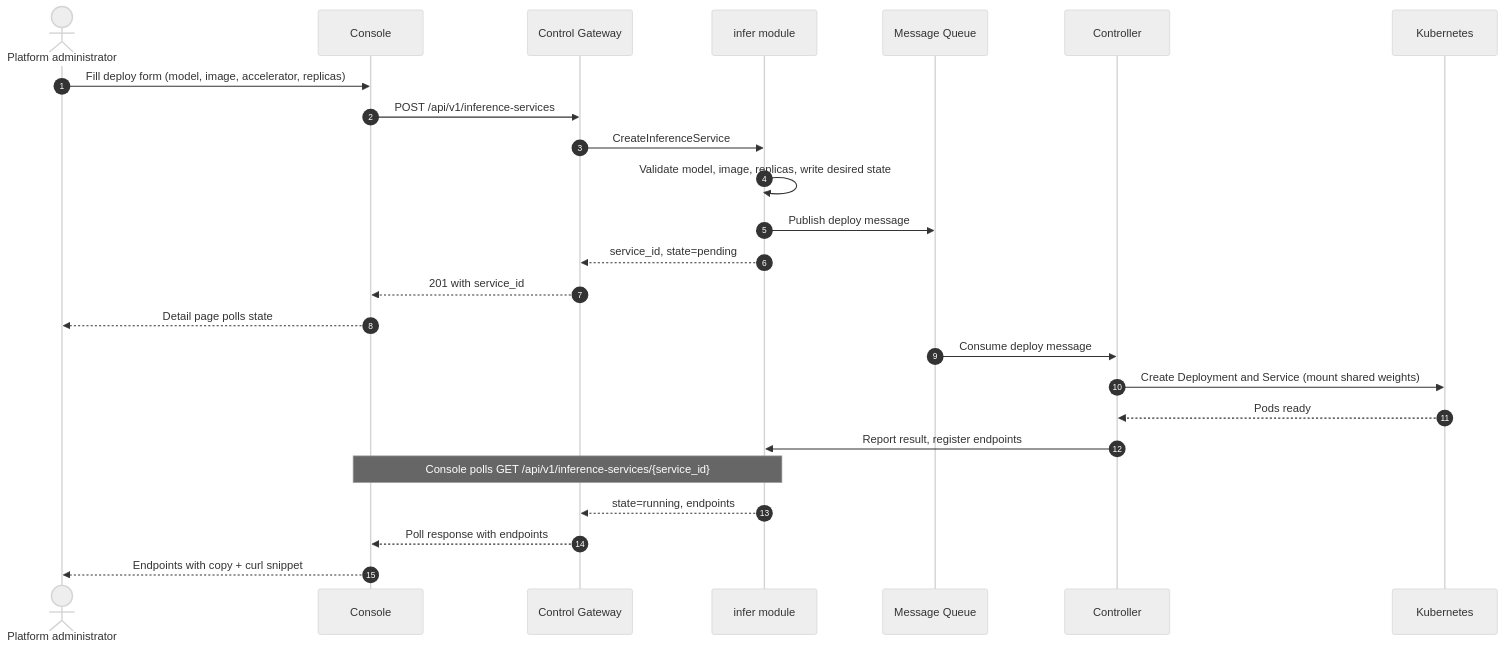
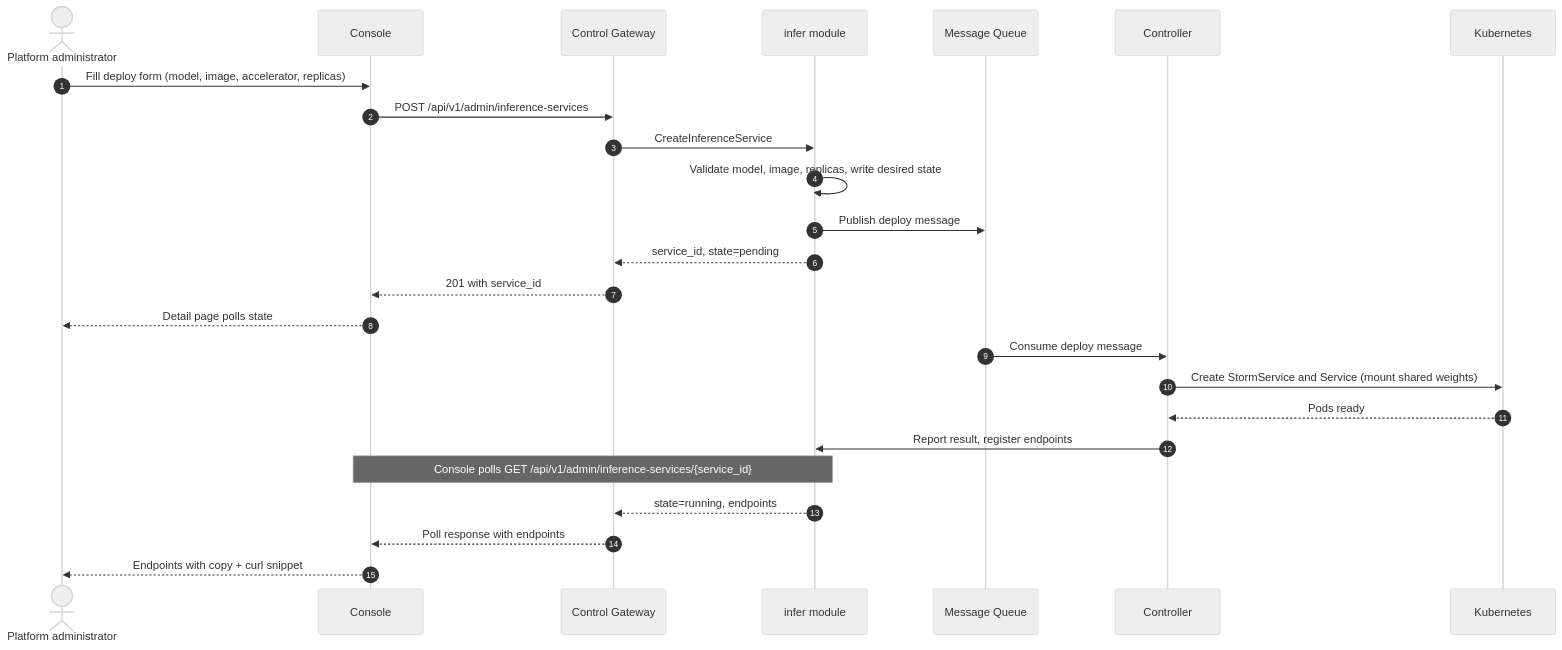
The third of 4 diagrams in site/docs/design/model-catalog-deployment.md (go-taas/go-taas), drawn with Mermaid (neutral theme) before and after one commit. The commit also changed other lines of this file and 41 other files, not shown here.

````diff
--- a/site/docs/design/model-catalog-deployment.md
+++ b/site/docs/design/model-catalog-deployment.md
@@ -193,28 +193,28 @@
 ```mermaid
 sequenceDiagram
     autonumber
     actor Admin as Platform administrator
     participant Console as Console
     participant CGW as Control Gateway
     participant Infer as infer module
     participant MQ as Message Queue
     participant CTRL as Controller
     participant K8s as Kubernetes
 
     Admin->>Console: Fill deploy form (model, image, accelerator, replicas)
-    Console->>CGW: POST /api/v1/inference-services
+    Console->>CGW: POST /api/v1/admin/inference-services
     CGW->>Infer: CreateInferenceService
     Infer->>Infer: Validate model, image, replicas, write desired state
     Infer->>MQ: Publish deploy message
     Infer-->>CGW: service_id, state=pending
     CGW-->>Console: 201 with service_id
     Console-->>Admin: Detail page polls state
     MQ->>CTRL: Consume deploy message
-    CTRL->>K8s: Create Deployment and Service (mount shared weights)
+    CTRL->>K8s: Create StormService and Service (mount shared weights)
     K8s-->>CTRL: Pods ready
     CTRL->>Infer: Report result, register endpoints
-    Note over Console,Infer: Console polls GET /api/v1/inference-services/{service_id}
+    Note over Console,Infer: Console polls GET /api/v1/admin/inference-services/{service_id}
     Infer-->>CGW: state=running, endpoints
     CGW-->>Console: Poll response with endpoints
     Console-->>Admin: Endpoints with copy + curl snippet
 ```
````
